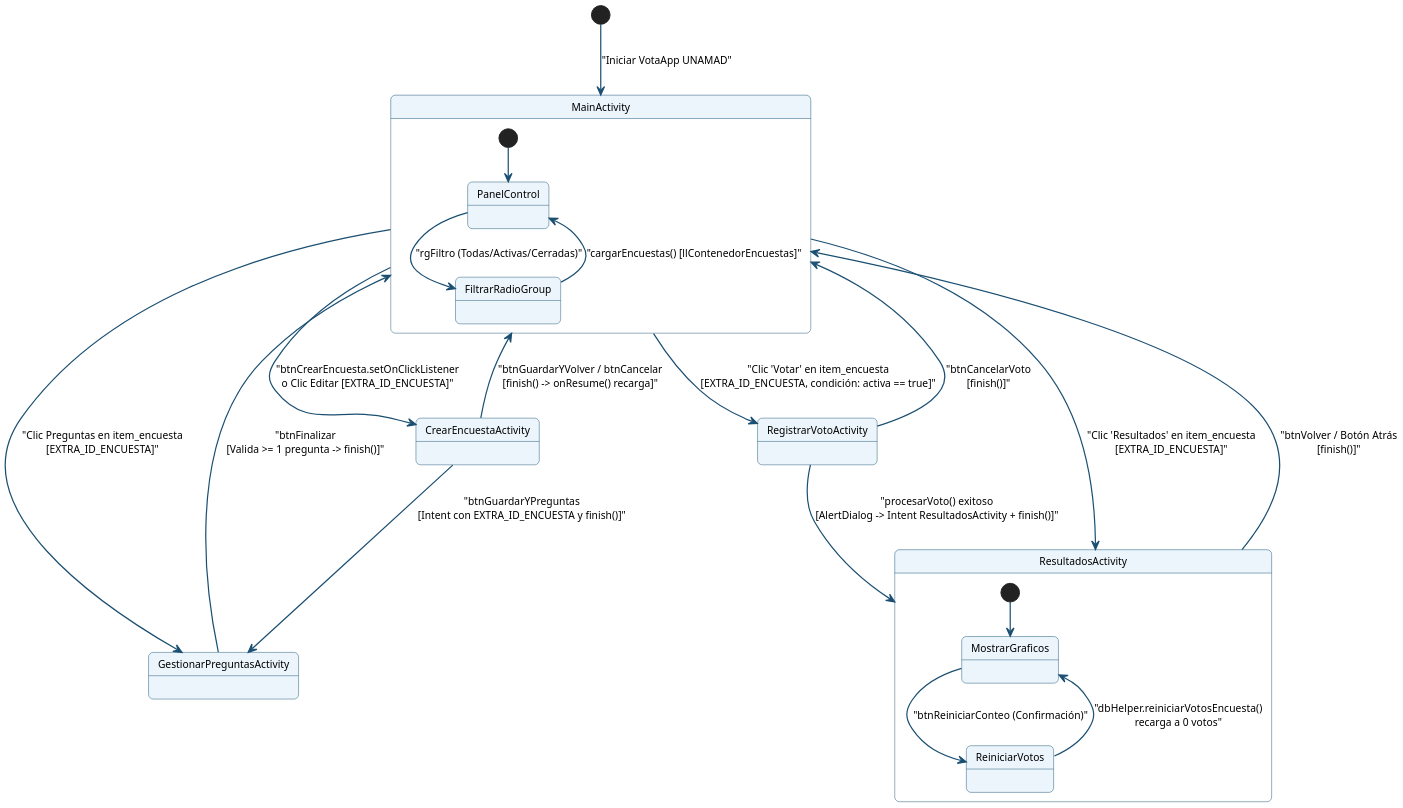
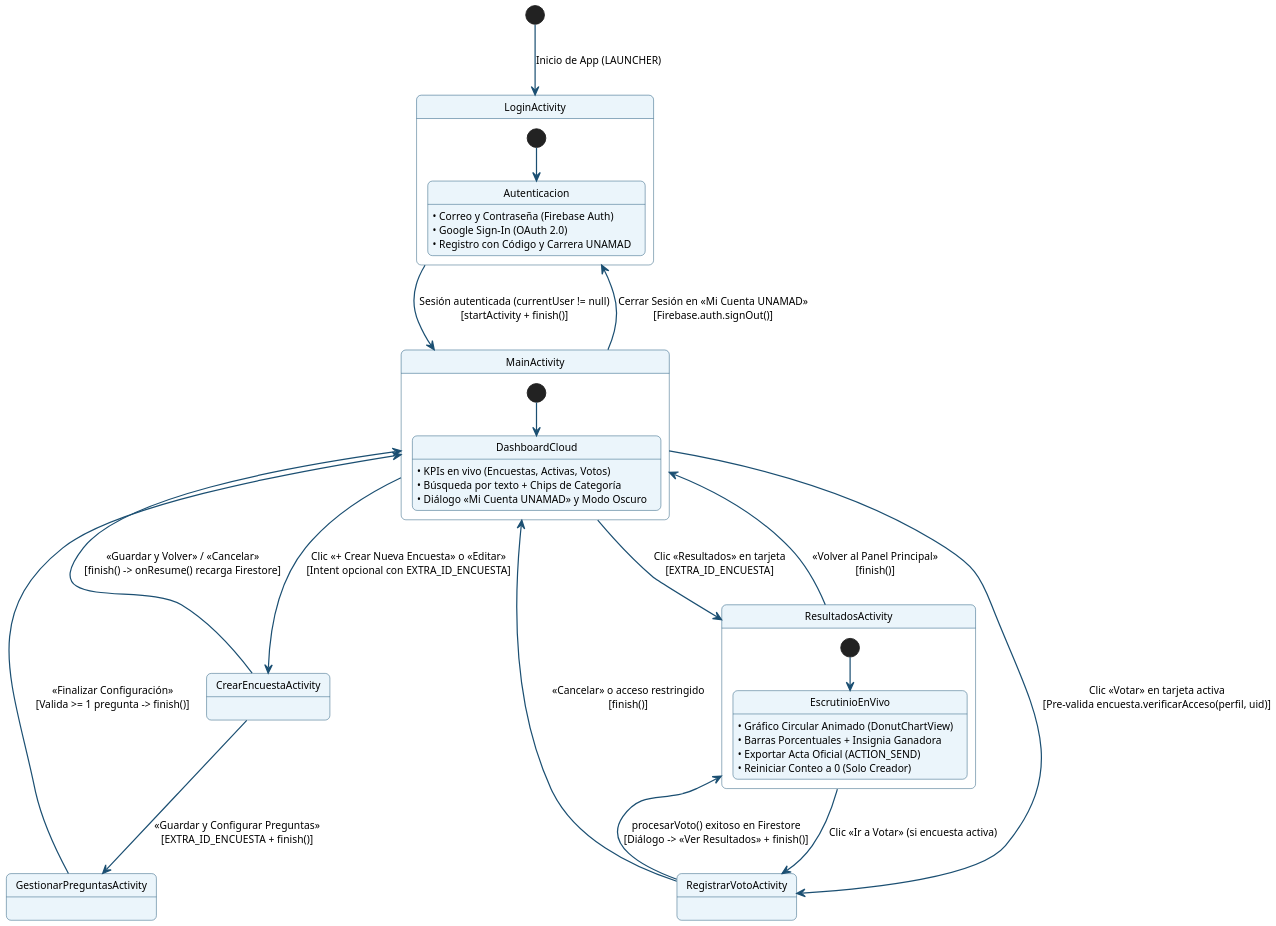
Before and after one commit to Maickel69/VotaApp-UNAMAD: the diagram in Documentacion/diagramas/fig5_navegacion.puml, drawn with PlantUML. The commit also changed 30 other files, not shown here.

Commit message:
Update full documentation (DOCX, PDF, PPTX, UML diagrams), add custom vector crest logo, and apply UI/UX Design Critic upgrades

```diff
--- a/Documentacion/diagramas/fig5_navegacion.puml
+++ b/Documentacion/diagramas/fig5_navegacion.puml
@@ -1,47 +1,60 @@
 @startuml fig5_navegacion
+set separator none
 skinparam dpi 160
 skinparam backgroundColor #FFFFFF
 skinparam defaultFontName Arial
 skinparam defaultFontSize 11
 skinparam shadowing false
 skinparam roundCorner 10
 
 skinparam ArrowColor #1B4F72
 skinparam ArrowThickness 1.3
 
 skinparam state {
     BackgroundColor #EBF5FB
     BorderColor #1A5276
     FontSize 11
     FontName Arial
 }
 
-[*] --> MainActivity : "Iniciar VotaApp UNAMAD"
+[*] --> LoginActivity : Inicio de App (LAUNCHER)
+
+state LoginActivity {
+    [*] --> Autenticacion
+    Autenticacion : • Correo y Contraseña (Firebase Auth)
+    Autenticacion : • Google Sign-In (OAuth 2.0)
+    Autenticacion : • Registro con Código y Carrera UNAMAD
+}
+
+LoginActivity --> MainActivity : Sesión autenticada (currentUser != null)\n[startActivity + finish()]
+MainActivity --> LoginActivity : Cerrar Sesión en «Mi Cuenta UNAMAD»\n[Firebase.auth.signOut()]
 
 state MainActivity {
-    [*] --> PanelControl
-    PanelControl --> FiltrarRadioGroup : "rgFiltro (Todas/Activas/Cerradas)"
-    FiltrarRadioGroup --> PanelControl : "cargarEncuestas() [llContenedorEncuestas]"
+    [*] --> DashboardCloud
+    DashboardCloud : • KPIs en vivo (Encuestas, Activas, Votos)
+    DashboardCloud : • Búsqueda por texto + Chips de Categoría
+    DashboardCloud : • Diálogo «Mi Cuenta UNAMAD» y Modo Oscuro
 }
 
-MainActivity --> CrearEncuestaActivity : "btnCrearEncuesta.setOnClickListener\no Clic Editar [EXTRA_ID_ENCUESTA]"
-CrearEncuestaActivity --> MainActivity : "btnGuardarYVolver / btnCancelar\n[finish() -> onResume() recarga]"
+MainActivity --> CrearEncuestaActivity : Clic «+ Crear Nueva Encuesta» o «Editar»\n[Intent opcional con EXTRA_ID_ENCUESTA]
+CrearEncuestaActivity --> MainActivity : «Guardar y Volver» / «Cancelar»\n[finish() -> onResume() recarga Firestore]
+CrearEncuestaActivity --> GestionarPreguntasActivity : «Guardar y Configurar Preguntas»\n[EXTRA_ID_ENCUESTA + finish()]
 
-CrearEncuestaActivity --> GestionarPreguntasActivity : "btnGuardarYPreguntas\n[Intent con EXTRA_ID_ENCUESTA y finish()]"
-MainActivity --> GestionarPreguntasActivity : "Clic Preguntas en item_encuesta\n[EXTRA_ID_ENCUESTA]"
-GestionarPreguntasActivity --> MainActivity : "btnFinalizar\n[Valida >= 1 pregunta -> finish()]"
+GestionarPreguntasActivity --> MainActivity : «Finalizar Configuración»\n[Valida >= 1 pregunta -> finish()]
 
-MainActivity --> RegistrarVotoActivity : "Clic 'Votar' en item_encuesta\n[EXTRA_ID_ENCUESTA, condición: activa == true]"
-RegistrarVotoActivity --> MainActivity : "btnCancelarVoto\n[finish()]"
-RegistrarVotoActivity --> ResultadosActivity : "procesarVoto() exitoso\n[AlertDialog -> Intent ResultadosActivity + finish()]"
+MainActivity --> RegistrarVotoActivity : Clic «Votar» en tarjeta activa\n[Pre-valida encuesta.verificarAcceso(perfil, uid)]
+RegistrarVotoActivity --> MainActivity : «Cancelar» o acceso restringido\n[finish()]
+RegistrarVotoActivity --> ResultadosActivity : procesarVoto() exitoso en Firestore\n[Diálogo -> «Ver Resultados» + finish()]
 
-MainActivity --> ResultadosActivity : "Clic 'Resultados' en item_encuesta\n[EXTRA_ID_ENCUESTA]"
-ResultadosActivity --> MainActivity : "btnVolver / Botón Atrás\n[finish()]"
+MainActivity --> ResultadosActivity : Clic «Resultados» en tarjeta\n[EXTRA_ID_ENCUESTA]
+ResultadosActivity --> RegistrarVotoActivity : Clic «Ir a Votar» (si encuesta activa)
+ResultadosActivity --> MainActivity : «Volver al Panel Principal»\n[finish()]
 
 state ResultadosActivity {
-    [*] --> MostrarGraficos
-    MostrarGraficos --> ReiniciarVotos : "btnReiniciarConteo (Confirmación)"
-    ReiniciarVotos --> MostrarGraficos : "dbHelper.reiniciarVotosEncuesta()\nrecarga a 0 votos"
+    [*] --> EscrutinioEnVivo
+    EscrutinioEnVivo : • Gráfico Circular Animado (DonutChartView)
+    EscrutinioEnVivo : • Barras Porcentuales + Insignia Ganadora
+    EscrutinioEnVivo : • Exportar Acta Oficial (ACTION_SEND)
+    EscrutinioEnVivo : • Reiniciar Conteo a 0 (Solo Creador)
 }
-
 @enduml
```
